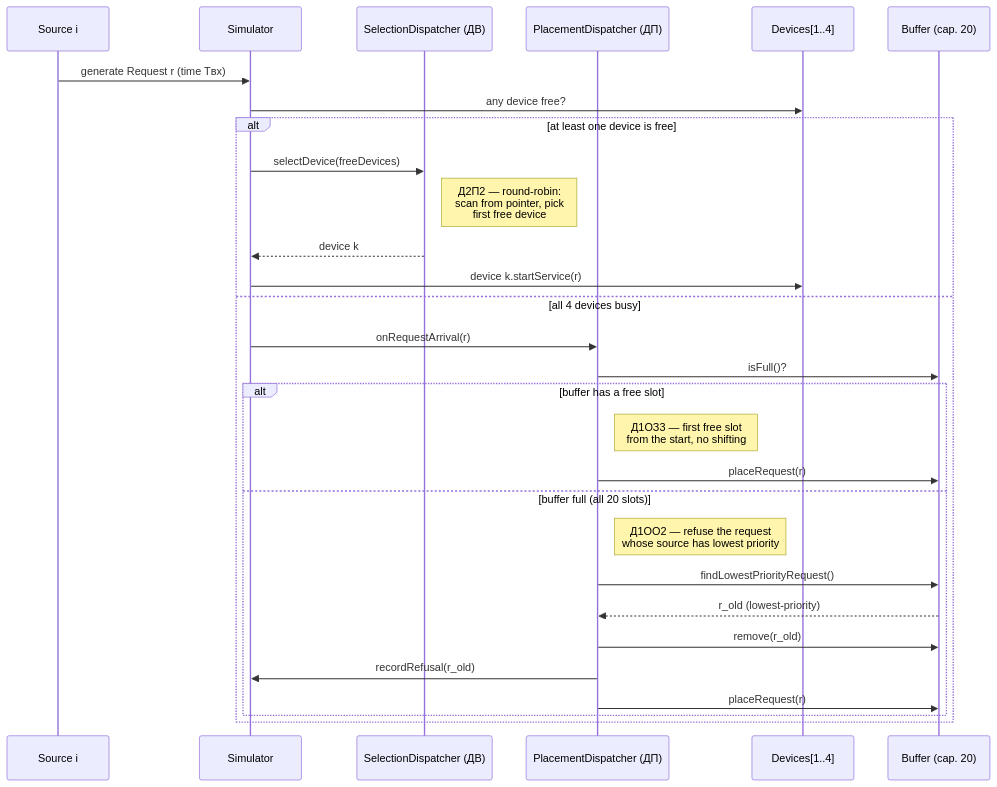
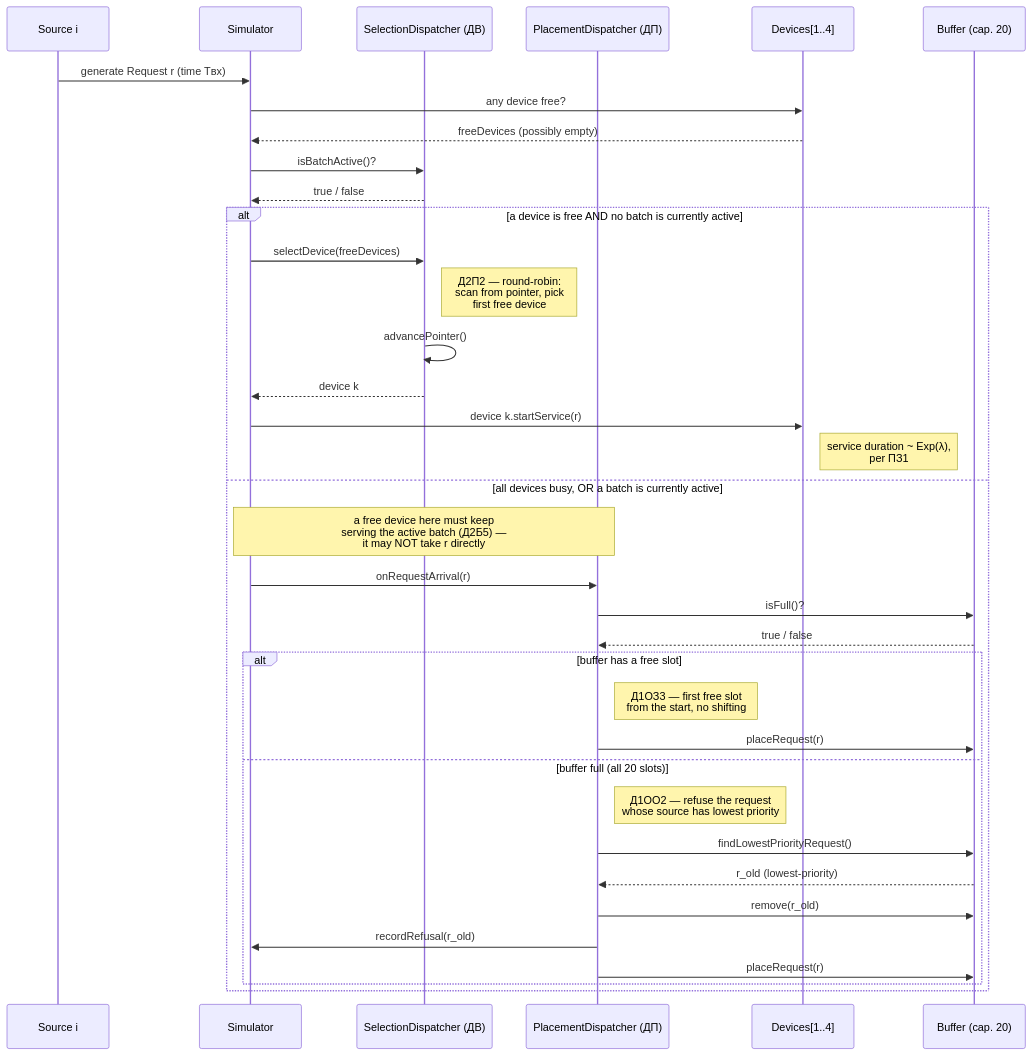
Before and after one commit to abdelrhmanbaha/smo-v24-commodity-trading: the diagram in sequence-arrival.mmd, drawn with Mermaid. The commit also changed 10 other files, not shown here.

Commit message:
Fix D2B5 batch-completion lifecycle, add main sequence and swimlane flowchart, fix encapsulation

```diff
--- a/sequence-arrival.mmd
+++ b/sequence-arrival.mmd
@@ -1,31 +1,38 @@
 sequenceDiagram
     participant S as Source i
     participant Sim as Simulator
     participant ДВ as SelectionDispatcher (ДВ)
     participant ДП as PlacementDispatcher (ДП)
     participant D as Devices[1..4]
     participant B as Buffer (cap. 20)
 
     S->>Sim: generate Request r (time Tвх)
     Sim->>D: any device free?
+    D-->>Sim: freeDevices (possibly empty)
+    Sim->>ДВ: isBatchActive()?
+    ДВ-->>Sim: true / false
 
-    alt at least one device is free
+    alt a device is free AND no batch is currently active
         Sim->>ДВ: selectDevice(freeDevices)
         Note right of ДВ: Д2П2 — round-robin:<br/>scan from pointer, pick<br/>first free device
+        ДВ->>ДВ: advancePointer()
         ДВ-->>Sim: device k
         Sim->>D: device k.startService(r)
-    else all 4 devices busy
+        Note right of D: service duration ~ Exp(λ),<br/>per ПЗ1
+    else all devices busy, OR a batch is currently active
+        Note over Sim,ДП: a free device here must keep<br/>serving the active batch (Д2Б5) —<br/>it may NOT take r directly
         Sim->>ДП: onRequestArrival(r)
         ДП->>B: isFull()?
+        B-->>ДП: true / false
         alt buffer has a free slot
             Note right of ДП: Д1ОЗ3 — first free slot<br/>from the start, no shifting
             ДП->>B: placeRequest(r)
         else buffer full (all 20 slots)
             Note right of ДП: Д1ОО2 — refuse the request<br/>whose source has lowest priority
             ДП->>B: findLowestPriorityRequest()
             B-->>ДП: r_old (lowest-priority)
             ДП->>B: remove(r_old)
             ДП->>Sim: recordRefusal(r_old)
             ДП->>B: placeRequest(r)
         end
     end
```
